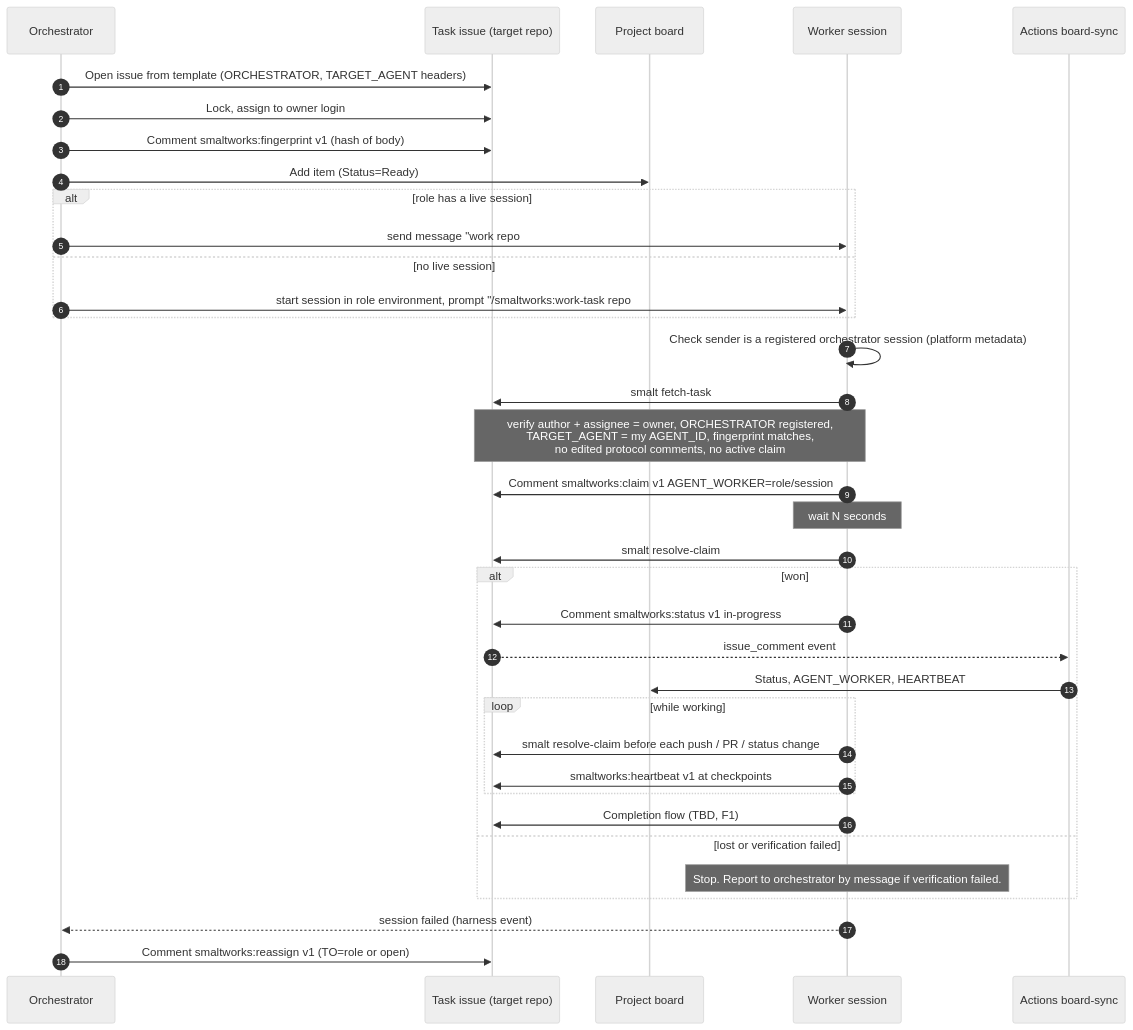
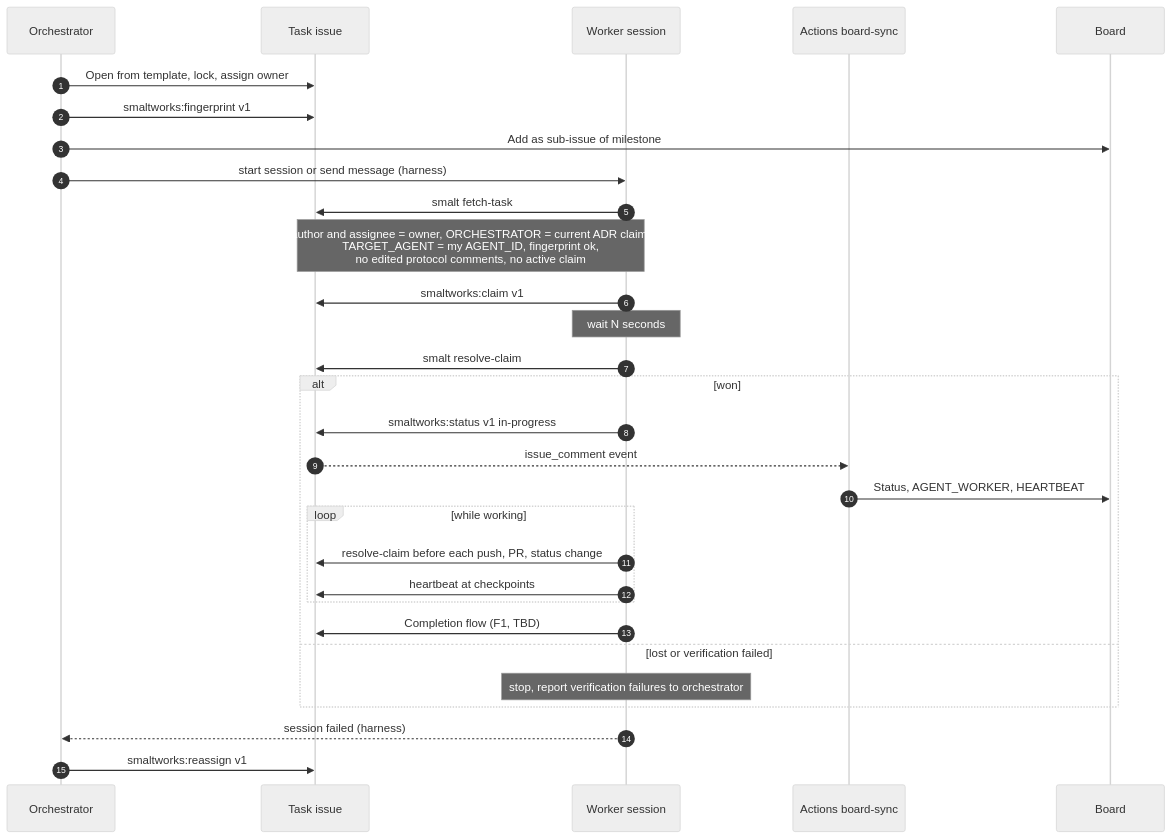
The third of 4 diagrams in docs/architecture/handoff-overview.md (stenhoor/smaltworks), drawn with Mermaid (neutral theme) before and after one commit. The commit also changed other lines of this file, not shown here.

First line of the commit message:
Rewrite architecture as r3: end-to-end multi-owner flow

````diff
--- a/docs/architecture/handoff-overview.md
+++ b/docs/architecture/handoff-overview.md
@@ -100,42 +310,33 @@
 ```mermaid
 sequenceDiagram
     autonumber
     participant Orc as Orchestrator
-    participant Iss as Task issue (target repo)
-    participant Brd as Project board
+    participant Iss as Task issue
     participant Wk as Worker session
     participant Act as Actions board-sync
+    participant Brd as Board
 
-    Orc->>Iss: Open issue from template (ORCHESTRATOR, TARGET_AGENT headers)
-    Orc->>Iss: Lock, assign to owner login
-    Orc->>Iss: Comment smaltworks:fingerprint v1 (hash of body)
-    Orc->>Brd: Add item (Status=Ready)
-
-    alt role has a live session
-        Orc->>Wk: send message "work repo#N" (harness)
-    else no live session
-        Orc->>Wk: start session in role environment, prompt "/smaltworks:work-task repo#N"
-    end
-
-    Wk->>Wk: Check sender is a registered orchestrator session (platform metadata)
+    Orc->>Iss: Open from template, lock, assign owner
+    Orc->>Iss: smaltworks:fingerprint v1
+    Orc->>Brd: Add as sub-issue of milestone
+    Orc->>Wk: start session or send message (harness)
     Wk->>Iss: smalt fetch-task
-    Note over Wk,Iss: verify author + assignee = owner, ORCHESTRATOR registered,<br/>TARGET_AGENT = my AGENT_ID, fingerprint matches,<br/>no edited protocol comments, no active claim
-    Wk->>Iss: Comment smaltworks:claim v1 AGENT_WORKER=role/session
+    Note over Wk,Iss: author and assignee = owner, ORCHESTRATOR = current ADR claim,<br/>TARGET_AGENT = my AGENT_ID, fingerprint ok,<br/>no edited protocol comments, no active claim
+    Wk->>Iss: smaltworks:claim v1
     Note over Wk: wait N seconds
     Wk->>Iss: smalt resolve-claim
     alt won
-        Wk->>Iss: Comment smaltworks:status v1 in-progress
+        Wk->>Iss: smaltworks:status v1 in-progress
         Iss-->>Act: issue_comment event
         Act->>Brd: Status, AGENT_WORKER, HEARTBEAT
         loop while working
-            Wk->>Iss: smalt resolve-claim before each push / PR / status change
-            Wk->>Iss: smaltworks:heartbeat v1 at checkpoints
+            Wk->>Iss: resolve-claim before each push, PR, status change
+            Wk->>Iss: heartbeat at checkpoints
         end
-        Wk->>Iss: Completion flow (TBD, F1)
+        Wk->>Iss: Completion flow (F1, TBD)
     else lost or verification failed
-        Note over Wk: Stop. Report to orchestrator by message if verification failed.
+        Note over Wk: stop, report verification failures to orchestrator
     end
-
-    Wk-->>Orc: session failed (harness event)
-    Orc->>Iss: Comment smaltworks:reassign v1 (TO=role or open)
+    Wk-->>Orc: session failed (harness)
+    Orc->>Iss: smaltworks:reassign v1
 ```
````
